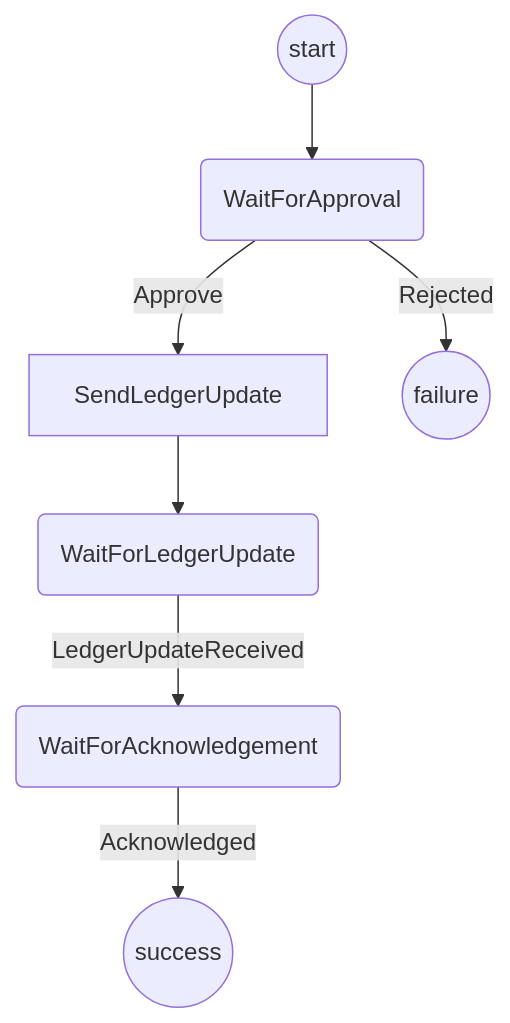
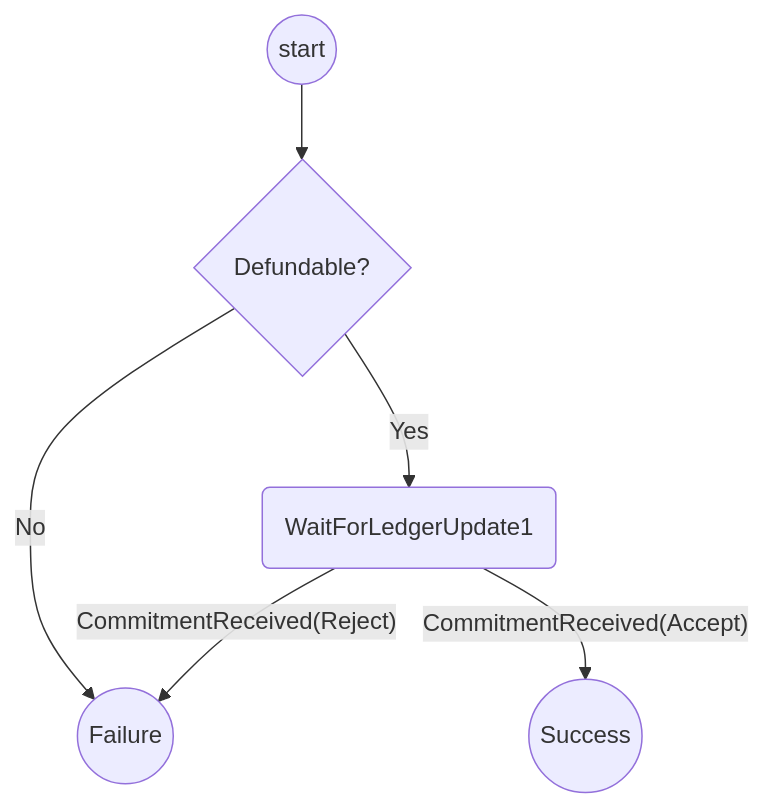
The first of 2 diagrams in packages/wallet/src/redux/protocols/indirect-defunding/readme.md (magmo/apps), drawn with Mermaid before and after one commit. The commit also changed other lines of this file, not shown here.

Commit message:
Ledger defunding state machine attempt

````diff
--- a/packages/wallet/src/redux/protocols/indirect-defunding/readme.md
+++ b/packages/wallet/src/redux/protocols/indirect-defunding/readme.md
@@ -15,9 +15,8 @@
 ```mermaid
 graph TD
-  St((start))-->WFAp(WaitForApproval)
-  WFAp-->|Approve|SLU[SendLedgerUpdate]
-  WFAp-->|Rejected|F((failure))
-  SLU-->WFL(WaitForLedgerUpdate)
-  WFL-->|LedgerUpdateReceived|WFAc(WaitForAcknowledgement)
-  WFAc-->|Acknowledged|S((success))
+  St((start))-->DF{Defundable?}
+  DF --> |No| F((Failure))
+  DF --> |Yes| WFU(WaitForLedgerUpdate1)
+  WFU --> |"CommitmentReceived(Accept)"| Su((Success))
+  WFU --> |"CommitmentReceived(Reject)"| F
 ```
````
